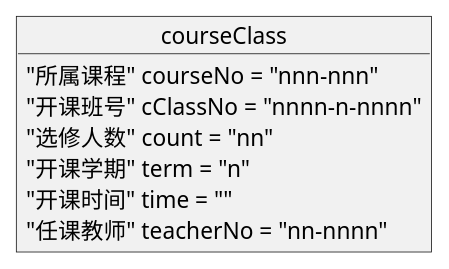
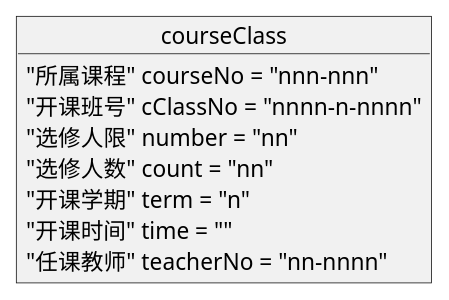
One commit to 201610414130/is_analysis-4 changed the seventh of 8 diagrams in test6/objectView.pu. Above: the diagram before and after it, drawn with PlantUML. The commit also changed other lines of this file and 7 other files, not shown here.

```diff
--- a/test6/objectView.pu
+++ b/test6/objectView.pu
@@ -81,10 +84,11 @@
 @startuml courseClass
 object courseClass{
     "所属课程" courseNo = "nnn-nnn"
     "开课班号" cClassNo = "nnnn-n-nnnn"
+    "选修人限" number = "nn"
     "选修人数" count = "nn"
     "开课学期" term = "n"
     "开课时间" time = ""
     "任课教师" teacherNo = "nn-nnnn"
 }
 @enduml
```
